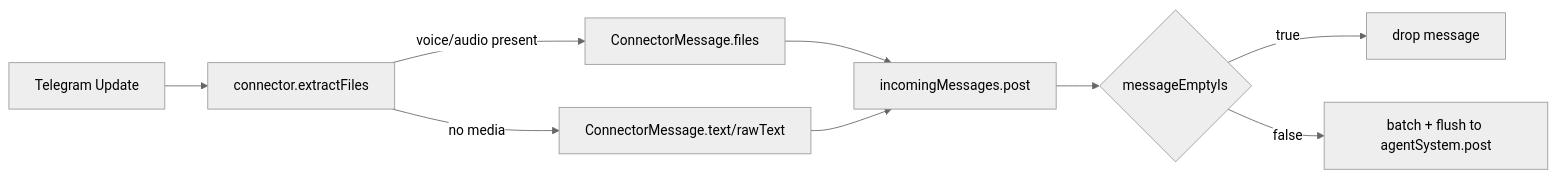
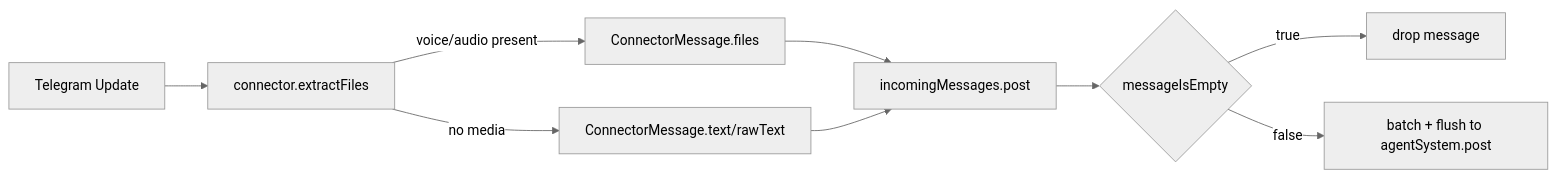
Before and after one commit to ex3ndr/daycare: the diagram in doc/internals/telegram-voice-empty-message-filter.md, drawn with Mermaid (neutral theme). The commit also changed 4 other files, not shown here.

Commit message:
refactor(messages): rename message predicate to messageIsEmpty

````diff
--- a/doc/internals/telegram-voice-empty-message-filter.md
+++ b/doc/internals/telegram-voice-empty-message-filter.md
@@ -8,11 +8,11 @@
 ```mermaid
 flowchart LR
     TG[Telegram Update] --> EXTRACT[connector.extractFiles]
     EXTRACT -->|voice/audio present| FILES[ConnectorMessage.files]
     EXTRACT -->|no media| TEXT[ConnectorMessage.text/rawText]
     FILES --> QUEUE[incomingMessages.post]
     TEXT --> QUEUE
-    QUEUE --> CHECK{messageEmptyIs}
+    QUEUE --> CHECK{messageIsEmpty}
     CHECK -->|true| DROP[drop message]
     CHECK -->|false| FLUSH[batch + flush to agentSystem.post]
 ```
````
